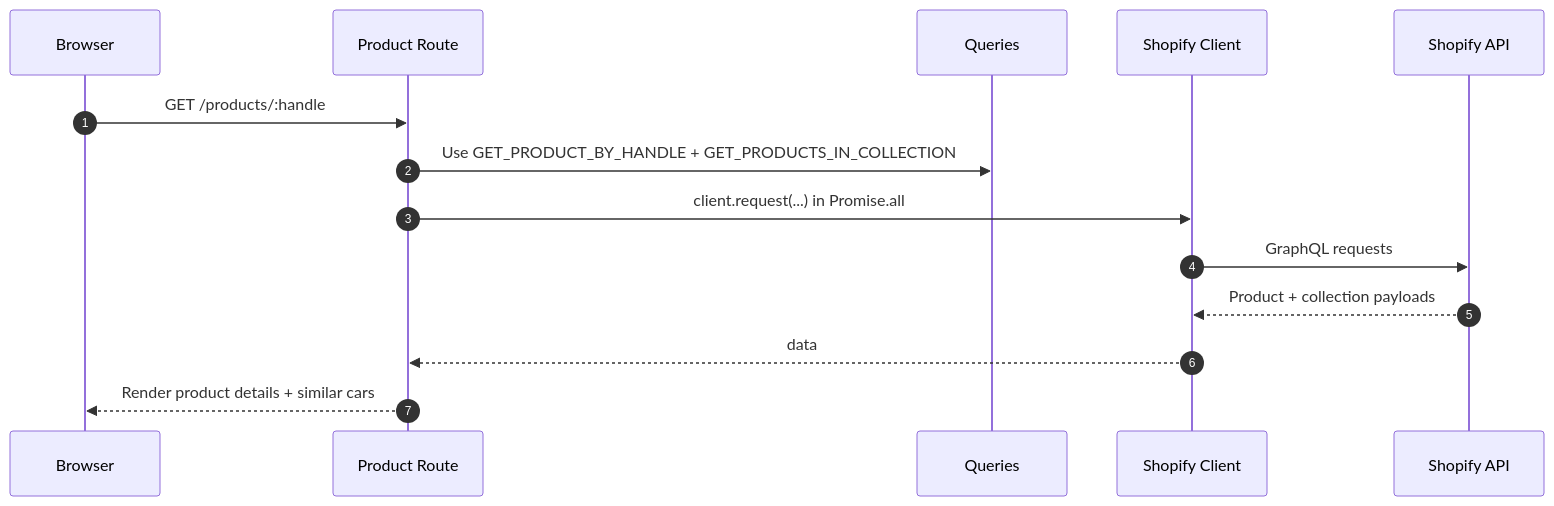
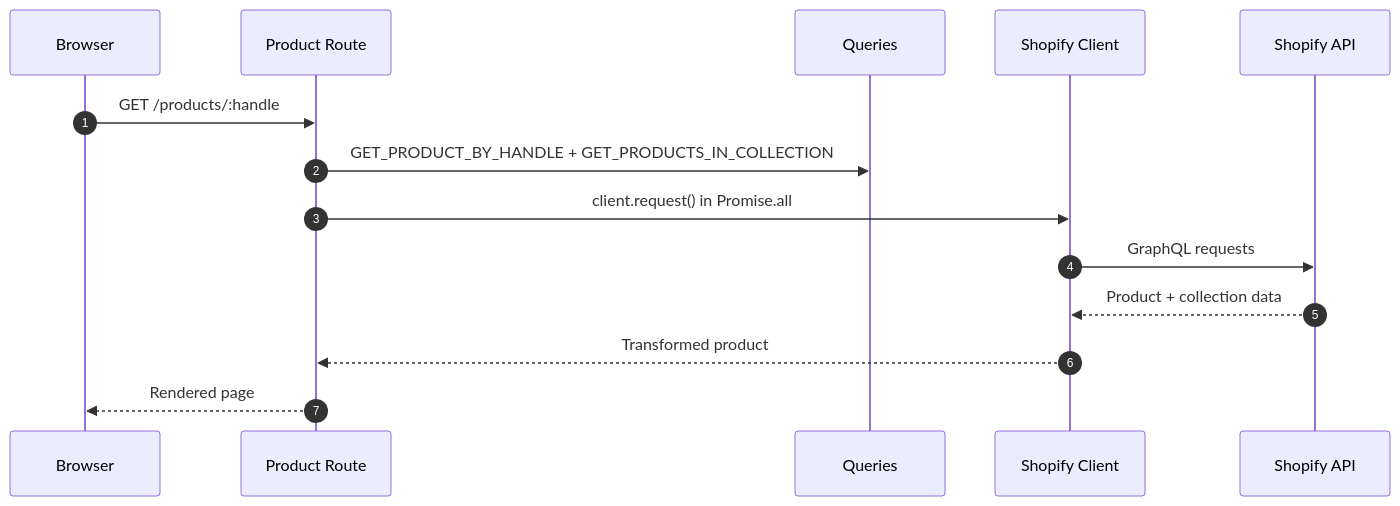
One commit to enermation/website changed the second of 2 diagrams in README.md. Above: the diagram before and after it, drawn with Mermaid. The commit also changed other lines of this file, not shown here.

First line of the commit message:
docs: refresh README with text tables and fixed Mermaid diagrams

````diff
--- a/README.md
+++ b/README.md
@@ -37,17 +56,17 @@
 ```mermaid
 sequenceDiagram
-  autonumber
-  participant B as Browser
-  participant R as Product Route
-  participant Q as Queries
-  participant S as Shopify Client
-  participant A as Shopify API
+    autonumber
+    participant B as Browser
+    participant R as Product Route
+    participant Q as Queries
+    participant S as Shopify Client
+    participant A as Shopify API
 
-  B->>R: GET /products/:handle
-  R->>Q: Use GET_PRODUCT_BY_HANDLE + GET_PRODUCTS_IN_COLLECTION
-  R->>S: client.request(...) in Promise.all
-  S->>A: GraphQL requests
-  A-->>S: Product + collection payloads
-  S-->>R: data
-  R-->>B: Render product details + similar cars
+    B->>R: GET /products/:handle
+    R->>Q: GET_PRODUCT_BY_HANDLE + GET_PRODUCTS_IN_COLLECTION
+    R->>S: client.request() in Promise.all
+    S->>A: GraphQL requests
+    A-->>S: Product + collection data
+    S-->>R: Transformed product
+    R-->>B: Rendered page
 ```
````
